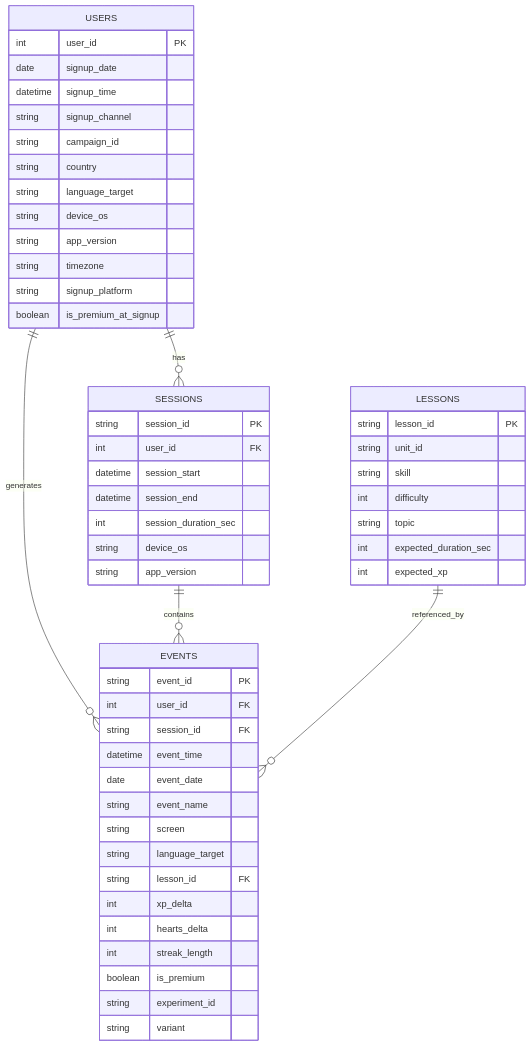
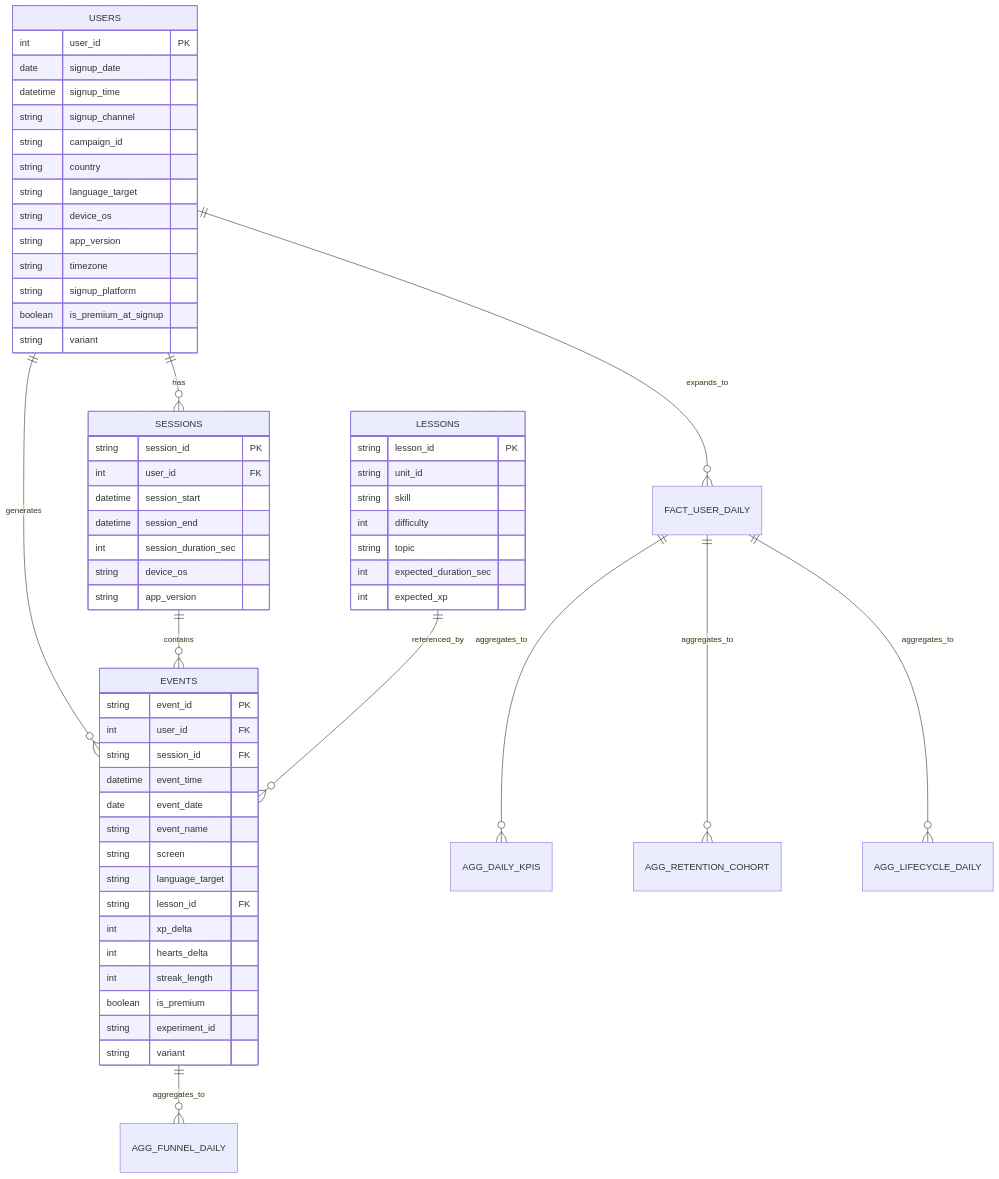
Before and after one commit to Jinmyung98/duolingo-growth-model-jinmyung: the diagram in docs/schema.md, drawn with Mermaid. The commit also changed other lines of this file, not shown here.

Commit message:
Updated Schema

````diff
--- a/docs/schema.md
+++ b/docs/schema.md
@@ -22,60 +81,67 @@
 ```mermaid
 erDiagram
-  USERS ||--o{ SESSIONS : has
-  USERS ||--o{ EVENTS : generates
-  SESSIONS ||--o{ EVENTS : contains
-  LESSONS ||--o{ EVENTS : referenced_by
+    USERS ||--o{ SESSIONS : has
+    USERS ||--o{ EVENTS : generates
+    SESSIONS ||--o{ EVENTS : contains
+    LESSONS ||--o{ EVENTS : referenced_by
 
-  USERS {
-    int user_id PK
-    date signup_date
-    datetime signup_time
-    string signup_channel
-    string campaign_id
-    string country
-    string language_target
-    string device_os
-    string app_version
-    string timezone
-    string signup_platform
-    boolean is_premium_at_signup
-  }
+    USERS ||--o{ FACT_USER_DAILY : expands_to
+    FACT_USER_DAILY ||--o{ AGG_DAILY_KPIS : aggregates_to
+    FACT_USER_DAILY ||--o{ AGG_RETENTION_COHORT : aggregates_to
+    FACT_USER_DAILY ||--o{ AGG_LIFECYCLE_DAILY : aggregates_to
+    EVENTS ||--o{ AGG_FUNNEL_DAILY : aggregates_to
 
-  SESSIONS {
-    string session_id PK
-    int user_id FK
-    datetime session_start
-    datetime session_end
-    int session_duration_sec
-    string device_os
-    string app_version
-  }
+    USERS {
+        int user_id PK
+        date signup_date
+        datetime signup_time
+        string signup_channel
+        string campaign_id
+        string country
+        string language_target
+        string device_os
+        string app_version
+        string timezone
+        string signup_platform
+        boolean is_premium_at_signup
+        string variant
+    }
 
-  EVENTS {
-    string event_id PK
-    int user_id FK
-    string session_id FK
-    datetime event_time
-    date event_date
-    string event_name
-    string screen
-    string language_target
-    string lesson_id FK
-    int xp_delta
-    int hearts_delta
-    int streak_length
-    boolean is_premium
-    string experiment_id
-    string variant
-  }
+    SESSIONS {
+        string session_id PK
+        int user_id FK
+        datetime session_start
+        datetime session_end
+        int session_duration_sec
+        string device_os
+        string app_version
+    }
 
-  LESSONS {
-    string lesson_id PK
-    string unit_id
-    string skill
-    int difficulty
-    string topic
-    int expected_duration_sec
-    int expected_xp
-  }
+    EVENTS {
+        string event_id PK
+        int user_id FK
+        string session_id FK
+        datetime event_time
+        date event_date
+        string event_name
+        string screen
+        string language_target
+        string lesson_id FK
+        int xp_delta
+        int hearts_delta
+        int streak_length
+        boolean is_premium
+        string experiment_id
+        string variant
+    }
+
+    LESSONS {
+        string lesson_id PK
+        string unit_id
+        string skill
+        int difficulty
+        string topic
+        int expected_duration_sec
+        int expected_xp
+    }
 ```
````
